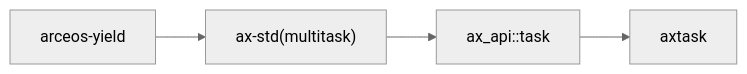
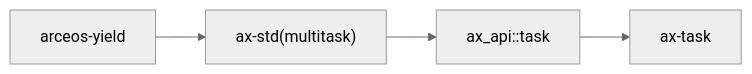
Before and after one commit to zKurisu/tgoskits: the second of 2 diagrams in docs/crates/arceos-yield.md, drawn with Mermaid (neutral theme). The commit also changed other lines of this file and 133 other files, not shown here.

Commit message:
rename axtask to ax-task

````diff
--- a/docs/crates/arceos-yield.md
+++ b/docs/crates/arceos-yield.md
@@ -79,6 +79,6 @@
 ```mermaid
 graph LR
     test["arceos-yield"] --> ax-std["ax-std(multitask)"]
     ax-std --> ax-api["ax_api::task"]
-    ax-api --> axtask["axtask"]
+    ax-api --> ax-task["ax-task"]
 ```
````
